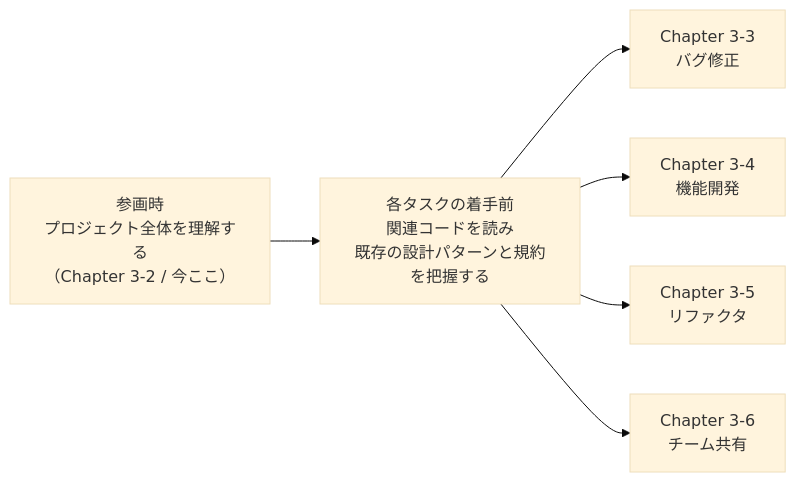
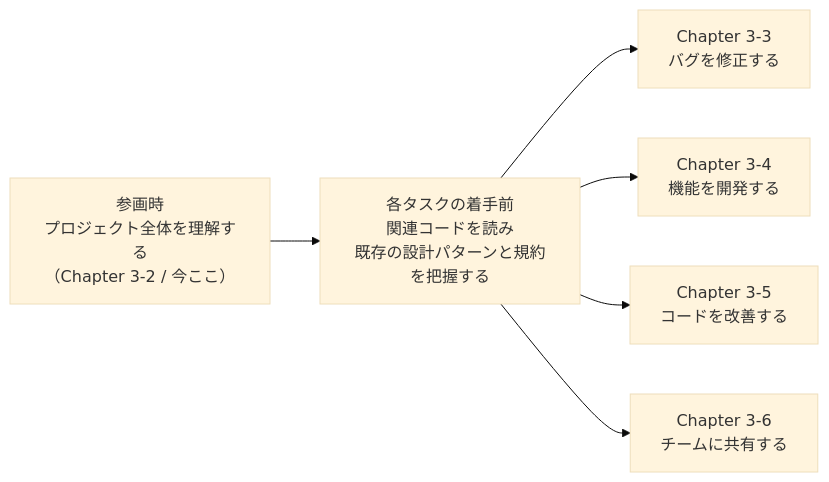
Before and after one commit to coachtech-material/pro-cc-guide: the second of 2 diagrams in curriculums/part-03_Claude Codeの実践/chapter-02_既存コードを理解する/3-2-1_コードリーディングの方法論.md, drawn with Mermaid (base theme). The commit also changed other lines of this file and 27 other files, not shown here.

````diff
--- a/curriculums/part-03_Claude Codeの実践/chapter-02_既存コードを理解する/3-2-1_コードリーディングの方法論.md
+++ b/curriculums/part-03_Claude Codeの実践/chapter-02_既存コードを理解する/3-2-1_コードリーディングの方法論.md
@@ -384,10 +384,10 @@
 ```mermaid
 flowchart LR
     A["参画時<br/>プロジェクト全体を理解する<br/>（Chapter 3-2 / 今ここ）"]
     B["各タスクの着手前<br/>関連コードを読み<br/>既存の設計パターンと規約を把握する"]
     A --> B
-    B --> C["Chapter 3-3<br/>バグ修正"]
-    B --> D["Chapter 3-4<br/>機能開発"]
-    B --> E["Chapter 3-5<br/>リファクタ"]
-    B --> F["Chapter 3-6<br/>チーム共有"]
+    B --> C["Chapter 3-3<br/>バグを修正する"]
+    B --> D["Chapter 3-4<br/>機能を開発する"]
+    B --> E["Chapter 3-5<br/>コードを改善する"]
+    B --> F["Chapter 3-6<br/>チームに共有する"]
 ```
````
